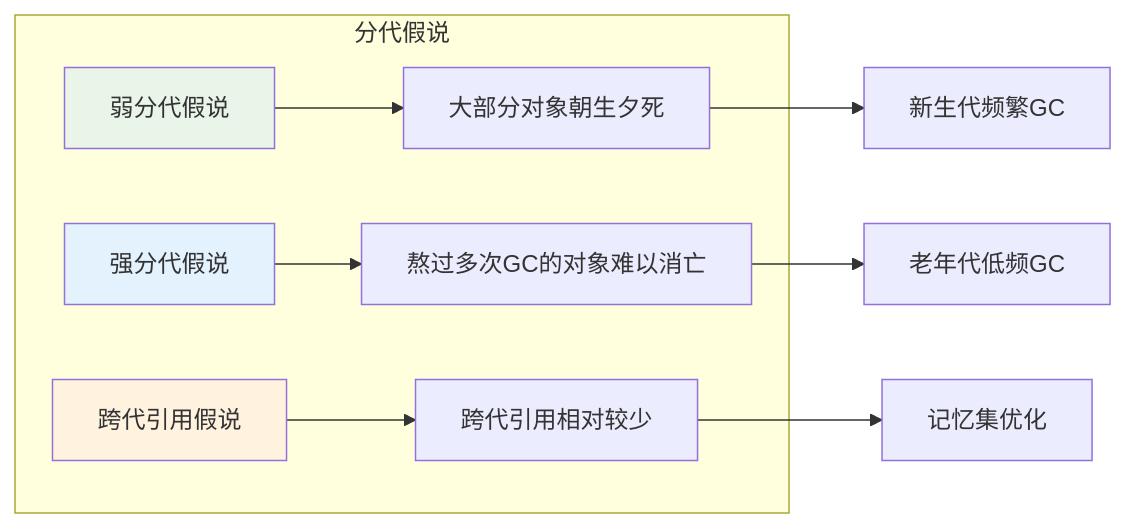
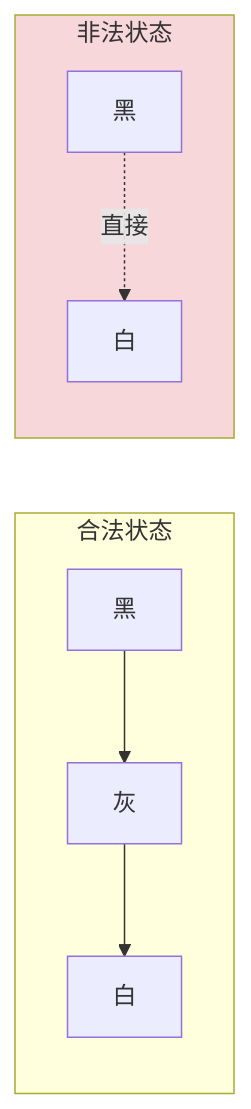
The fourth of 9 diagrams in 00.通用技术的提升/02.程序编程原理/04.第4卷-内存的真相/33.内存回收机制设计.md (chongyang211/YCBookBlog), drawn with Mermaid before and after one commit. The commit also changed other lines of this file and 1 other file, not shown here.

````diff
--- a/00.通用技术的提升/02.程序编程原理/04.第4卷-内存的真相/33.内存回收机制设计.md
+++ b/00.通用技术的提升/02.程序编程原理/04.第4卷-内存的真相/33.内存回收机制设计.md
@@ -400,16 +471,10 @@
 ```mermaid
-graph LR
-    subgraph "分代假说"
-        A[弱分代假说] --> A1[大部分对象朝生夕死]
-        B[强分代假说] --> B1[熬过多次GC的对象难以消亡]
-        C[跨代引用假说] --> C1[跨代引用相对较少]
+flowchart LR
+    subgraph 合法[合法状态]
+        B1[黑] --> G1[灰] --> W1[白]
     end
-    
-    A1 --> D[新生代频繁GC]
-    B1 --> E[老年代低频GC]
-    C1 --> F[记忆集优化]
-    
-    style A fill:#e8f5e8
-    style B fill:#e3f2fd
-    style C fill:#fff3e0
+    subgraph 非法[非法状态]
+        B2[黑] -.直接.-> W2[白]
+    end
+    style 非法 fill:#f8d7da
 ```
````
